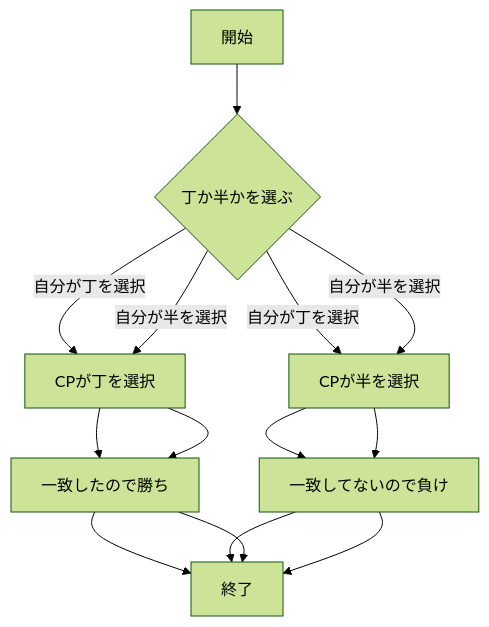
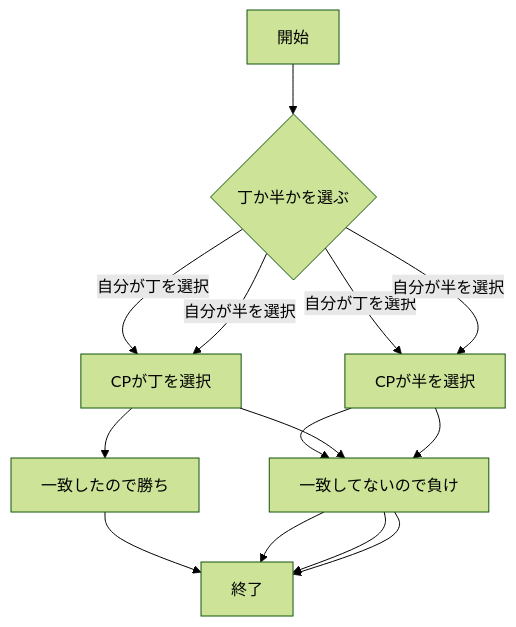
One commit to km919/webpro_06 changed the eighth of 9 diagrams in README.md. Above: the diagram before and after it, drawn with Mermaid (forest theme).

Commit message:
12月27日1:36に編集済

````diff
--- a/README.md
+++ b/README.md
@@ -297,15 +297,15 @@
 ```mermaid
 flowchart TD;
 start["開始"];
 end1["終了"]
 if{"丁か半かを選ぶ"}
 start --> if
 if --> |自分が丁を選択|　CPが丁を選択
 CPが丁を選択 --> 一致したので勝ち --> end1
 if --> |自分が丁を選択|　CPが半を選択
 CPが半を選択 --> 一致してないので負け --> end1
 if --> |自分が半を選択|　CPが丁を選択
-CPが丁を選択 --> 一致したので勝ち --> end1
+CPが丁を選択 --> 一致してないので負け --> end1
 if --> |自分が半を選択|　CPが半を選択
 CPが半を選択 --> 一致してないので負け --> end1
 ```
````
